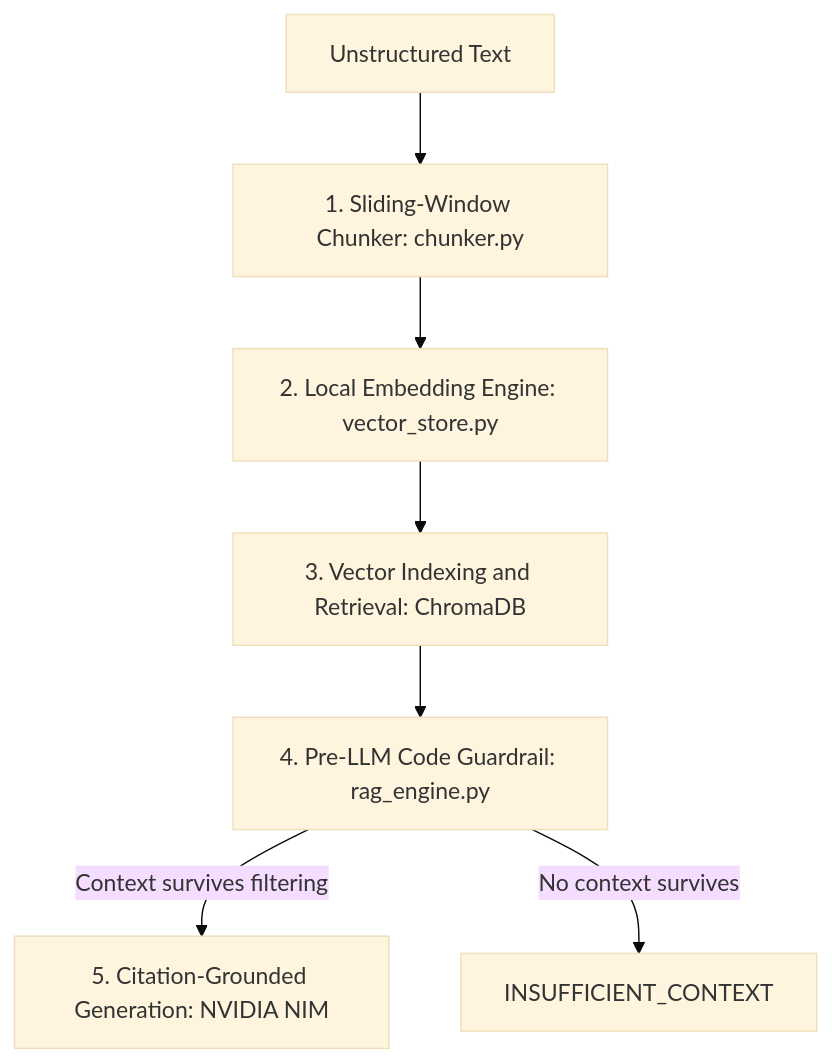
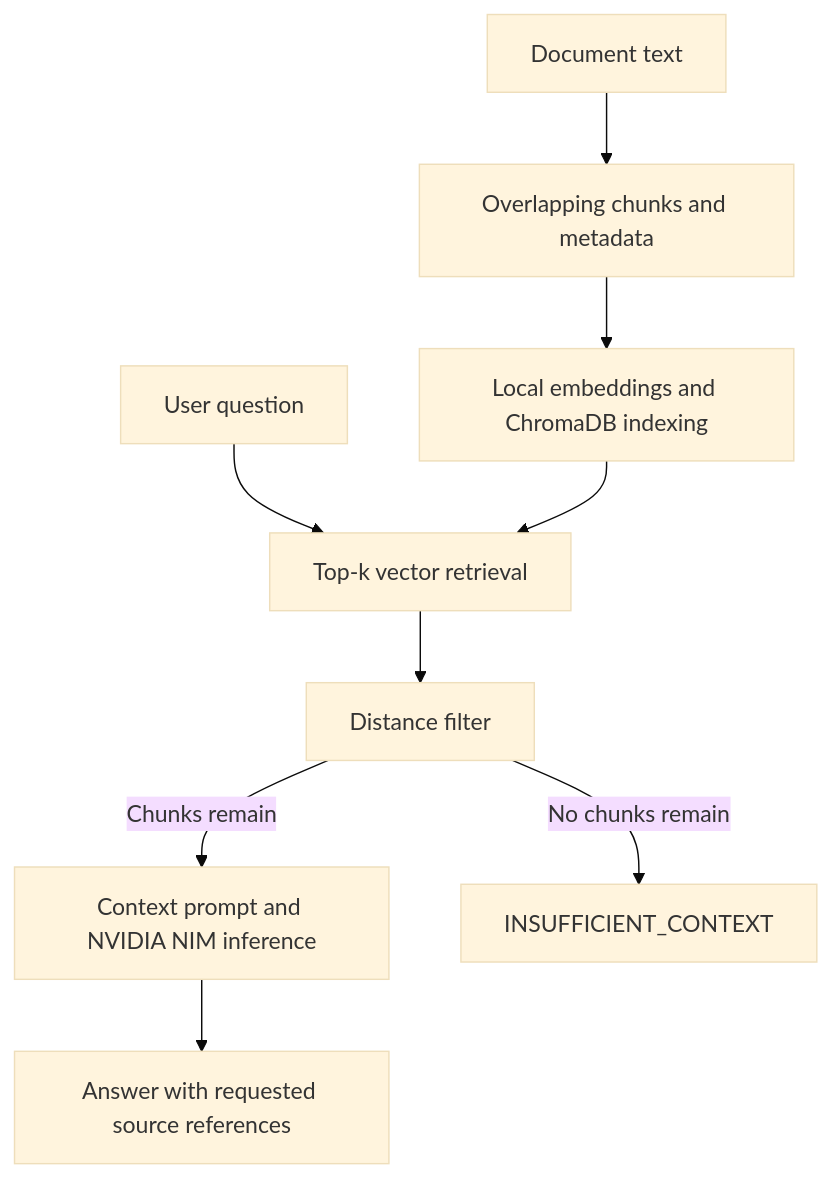
Before and after one commit to Hellacious1702/Grounded_Rag_Engine: the diagram in README.md, drawn with Mermaid (base theme). The commit also changed other lines of this file, not shown here.

````diff
--- a/README.md
+++ b/README.md
@@ -17,9 +19,11 @@
 ```mermaid
 flowchart TD
-    A["Unstructured Text"] --> B["1. Sliding-Window Chunker: chunker.py"]
-    B --> C["2. Local Embedding Engine: vector_store.py"]
-    C --> D["3. Vector Indexing and Retrieval: ChromaDB"]
-    D --> E["4. Pre-LLM Code Guardrail: rag_engine.py"]
-    E -->|"Context survives filtering"| F["5. Citation-Grounded Generation: NVIDIA NIM"]
-    E -->|"No context survives"| G["INSUFFICIENT_CONTEXT"]
+    A["Document text"] --> B["Overlapping chunks and metadata"]
+    B --> C["Local embeddings and ChromaDB indexing"]
+    Q["User question"] --> D["Top-k vector retrieval"]
+    C --> D
+    D --> E["Distance filter"]
+    E -->|"Chunks remain"| F["Context prompt and NVIDIA NIM inference"]
+    E -->|"No chunks remain"| G["INSUFFICIENT_CONTEXT"]
+    F --> H["Answer with requested source references"]
 ```
````
